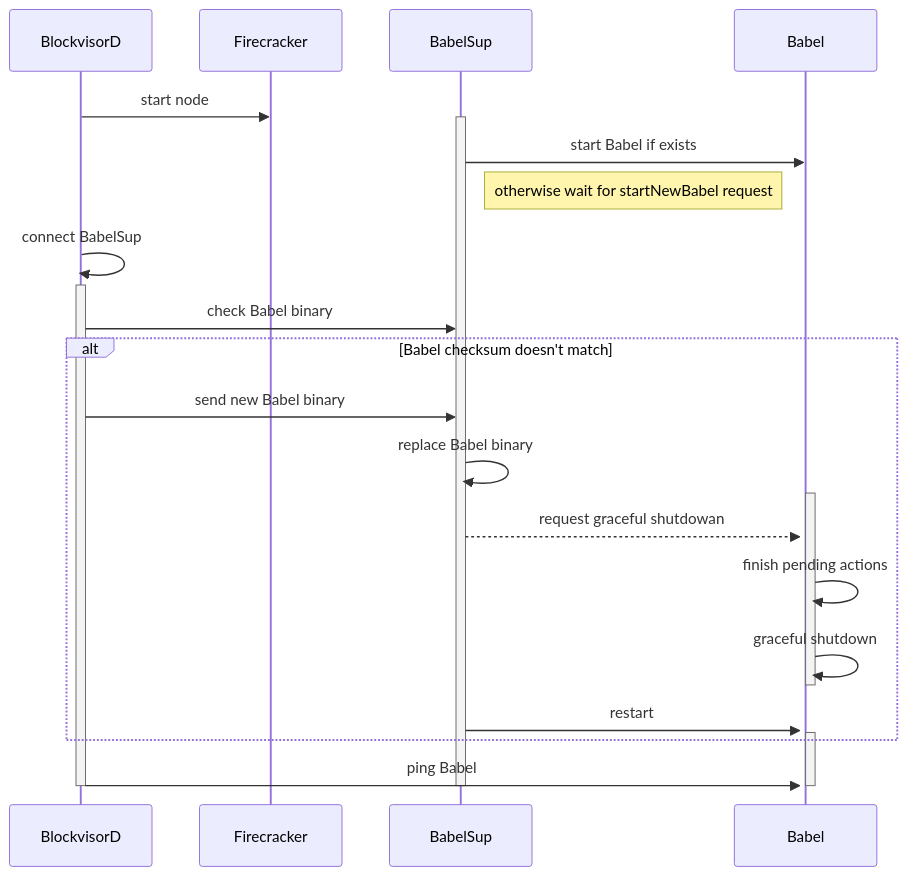
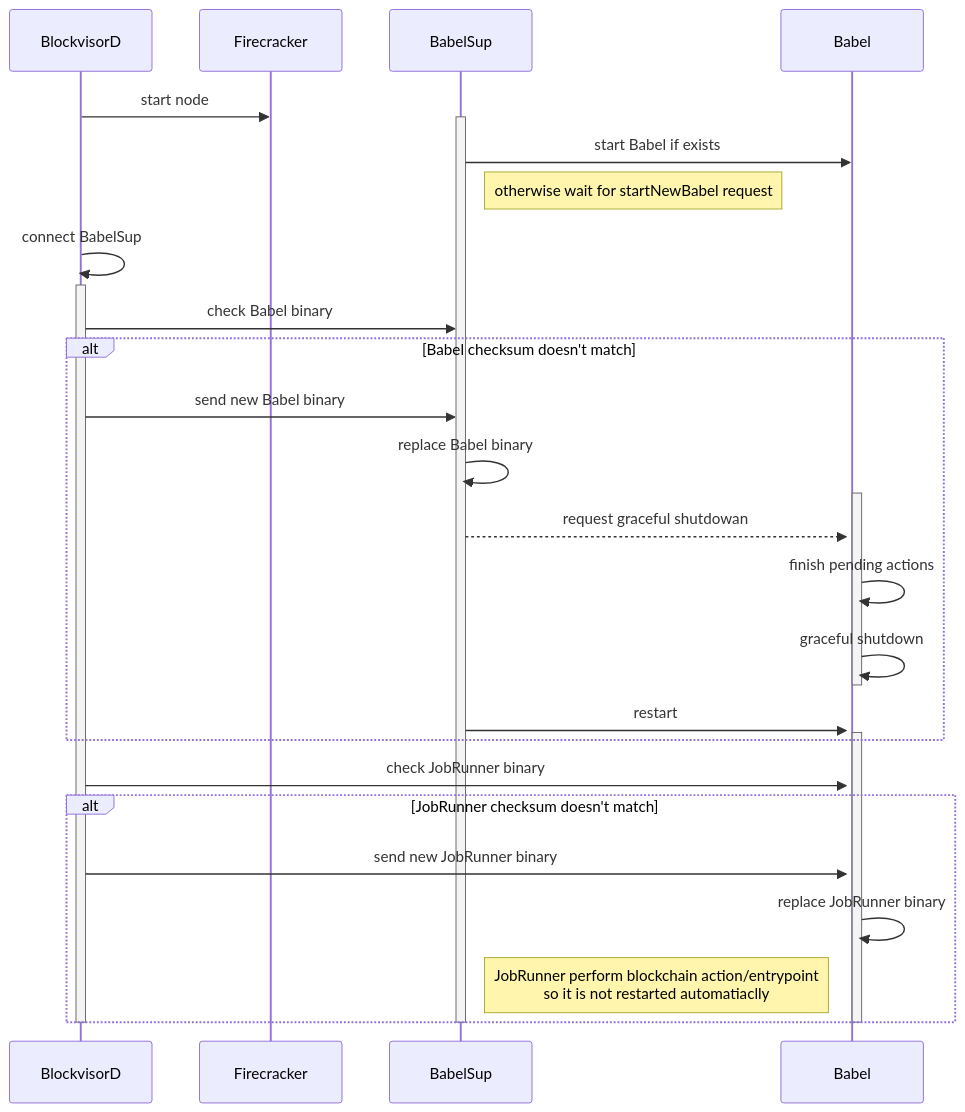
One commit to blockjoy/blockvisor changed the seventh of 7 diagrams in README.md. Above: the diagram before and after it, drawn with Mermaid. The commit also changed other lines of this file and 4 other files, not shown here.

````diff
--- a/README.md
+++ b/README.md
@@ -252,32 +252,38 @@
 ```mermaid
 sequenceDiagram
     participant bv as BlockvisorD
     participant fc as Firecracker
     participant babelsup as BabelSup
     participant babel as Babel
     
     bv ->> fc: start node
     activate babelsup
     babelsup ->> babel: start Babel if exists
     activate babel
     Note right of babelsup: otherwise wait for startNewBabel request
     bv ->> bv: connect BabelSup  
     activate bv
     bv ->> babelsup: check Babel binary
     alt Babel checksum doesn't match
         bv ->> babelsup: send new Babel binary
         babelsup ->> babelsup: replace Babel binary
         activate babel
         babelsup -->> babel: request graceful shutdowan
         babel ->> babel: finish pending actions
         babel ->> babel: graceful shutdown
         deactivate babel
         babelsup ->> babel: restart
         activate babel
     end
-    bv ->> babel: ping Babel
 
+    bv ->> babel: check JobRunner binary
+    alt JobRunner checksum doesn't match
+        bv ->> babel: send new JobRunner binary
+        babel ->> babel: replace JobRunner binary
+        Note right of babelsup: JobRunner perform blockchain action/entrypoint<br> so it is not restarted automatiaclly
+    end
+    
     deactivate babel
     deactivate babelsup
     deactivate bv
 ```
````
